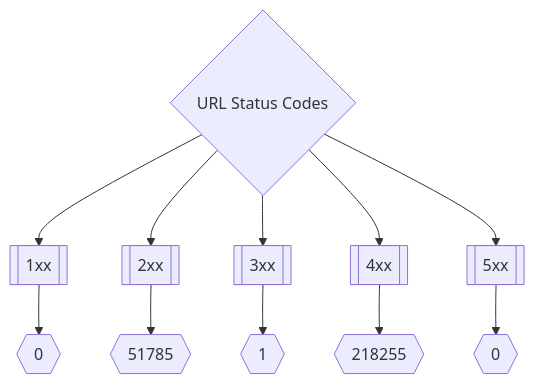
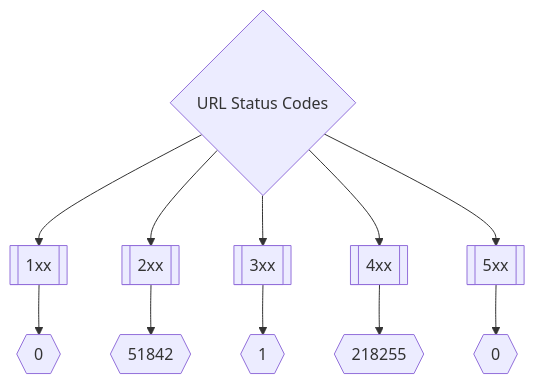
Before and after one commit to trickest/inventory: the second of 3 diagrams in README.md, drawn with Mermaid. The commit also changed other lines of this file and 10 other files, not shown here.

````diff
--- a/README.md
+++ b/README.md
@@ -173,8 +173,8 @@
 ```mermaid
 graph TD
 title{URL Status Codes} --> 1xx[[1xx]] --> status1xxNum{{0}}
-title --> 2xx[[2xx]] --> status2xxNum{{51785}}
+title --> 2xx[[2xx]] --> status2xxNum{{51842}}
 title --> 3xx[[3xx]] --> status3xxNum{{1}}
 title --> 4xx[[4xx]] --> status4xxNum{{218255}}
 title --> 5xx[[5xx]] --> status5xxNum{{0}}
 ```
````
